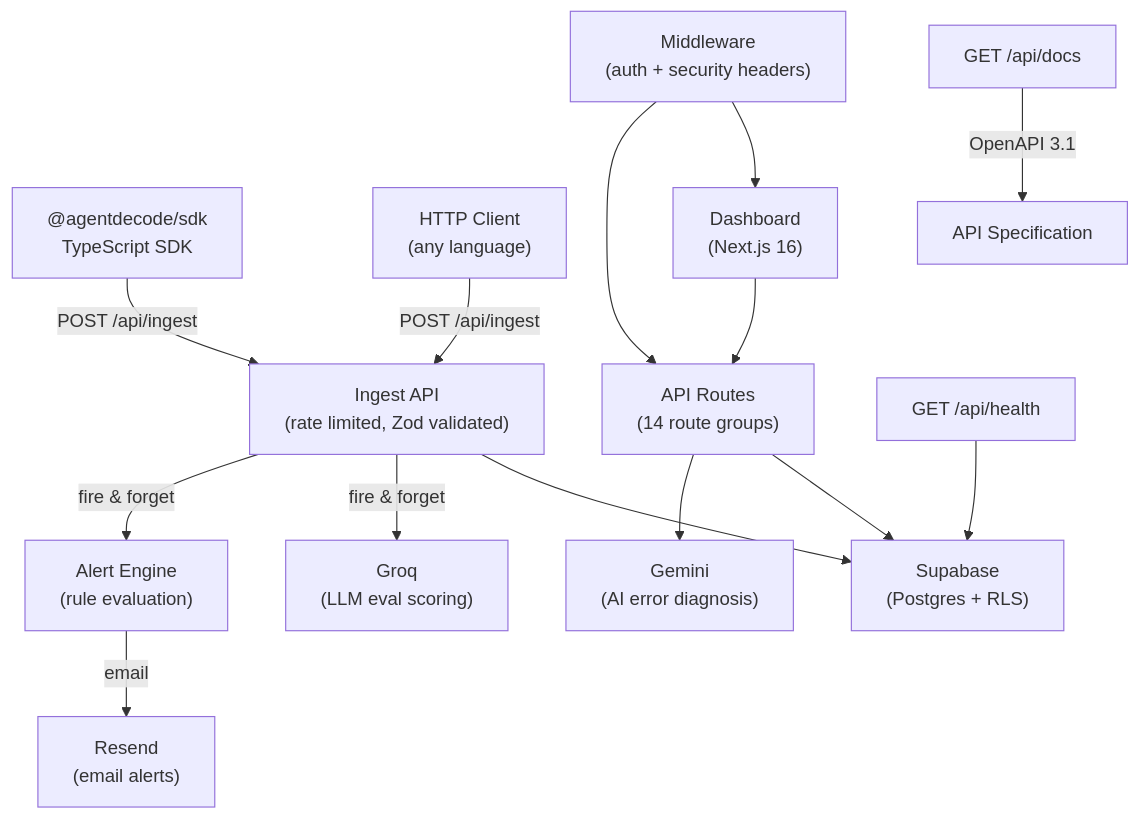
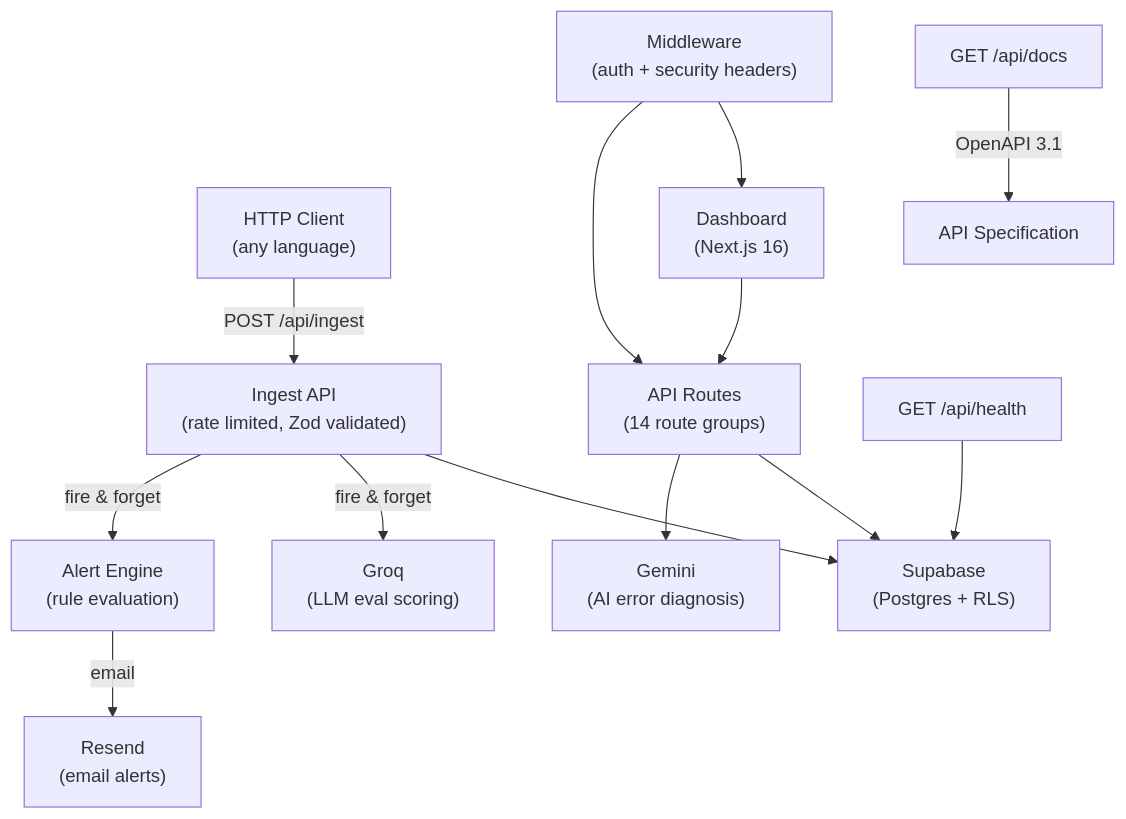
Before and after one commit to sreemani0323/AgentDecode: the diagram in agentdecode/README.md, drawn with Mermaid. The commit also changed other lines of this file and 2 other files, not shown here.

First line of the commit message:
fix: remove fictional SDK references, make HTTP API the primary integration method

````diff
--- a/agentdecode/README.md
+++ b/agentdecode/README.md
@@ -225,21 +191,20 @@
 ```mermaid
 graph TB
-    SDK["@agentdecode/sdk<br/>TypeScript SDK"] -->|POST /api/ingest| Ingest["Ingest API<br/>(rate limited, Zod validated)"]
-    HTTP["HTTP Client<br/>(any language)"] -->|POST /api/ingest| Ingest
+    HTTP["HTTP Client<br/>(any language)"] -->|POST /api/ingest| Ingest["Ingest API<br/>(rate limited, Zod validated)"]
 
     Ingest --> Supabase["Supabase<br/>(Postgres + RLS)"]
     Ingest -->|fire & forget| Groq["Groq<br/>(LLM eval scoring)"]
     Ingest -->|fire & forget| Alerts["Alert Engine<br/>(rule evaluation)"]
 
     Dashboard["Dashboard<br/>(Next.js 16)"] --> API["API Routes<br/>(14 route groups)"]
     API --> Supabase
     API --> Gemini["Gemini<br/>(AI error diagnosis)"]
 
     Alerts -->|email| Resend["Resend<br/>(email alerts)"]
 
     Middleware["Middleware<br/>(auth + security headers)"] --> Dashboard
     Middleware --> API
 
     Health["GET /api/health"] --> Supabase
     Docs["GET /api/docs"] -->|OpenAPI 3.1| Spec["API Specification"]
 ```
````
